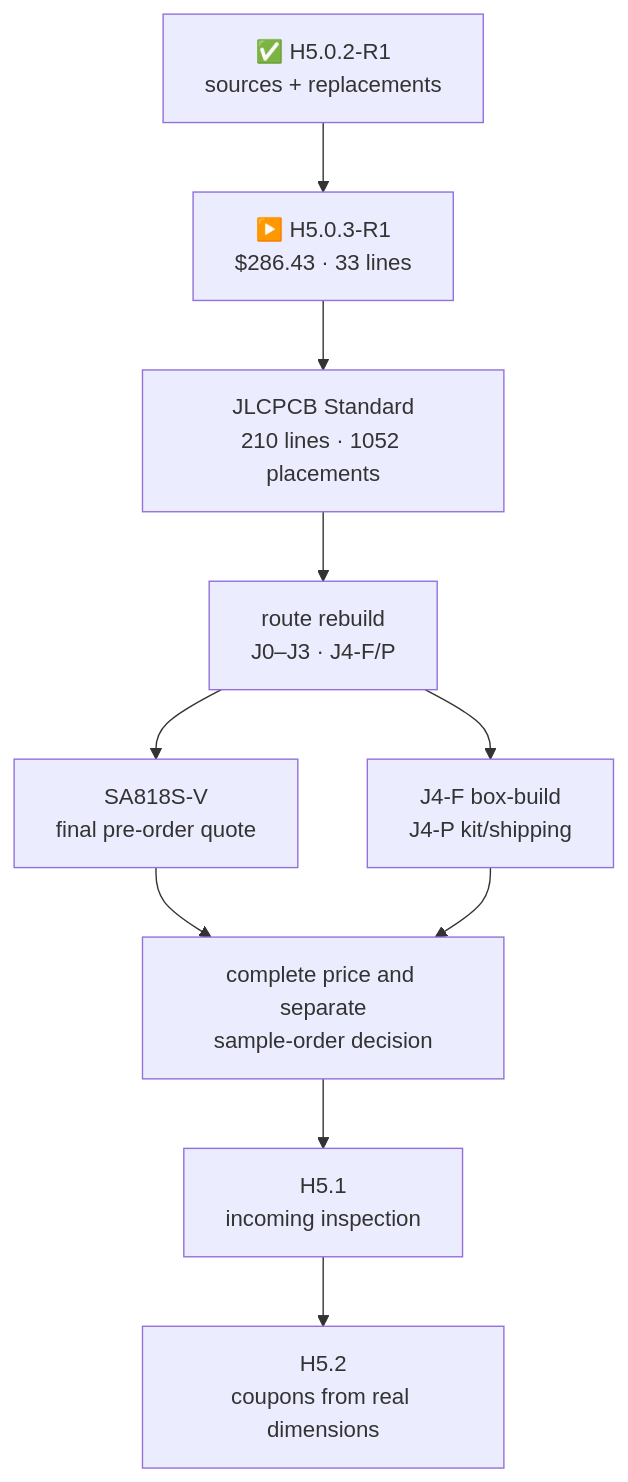
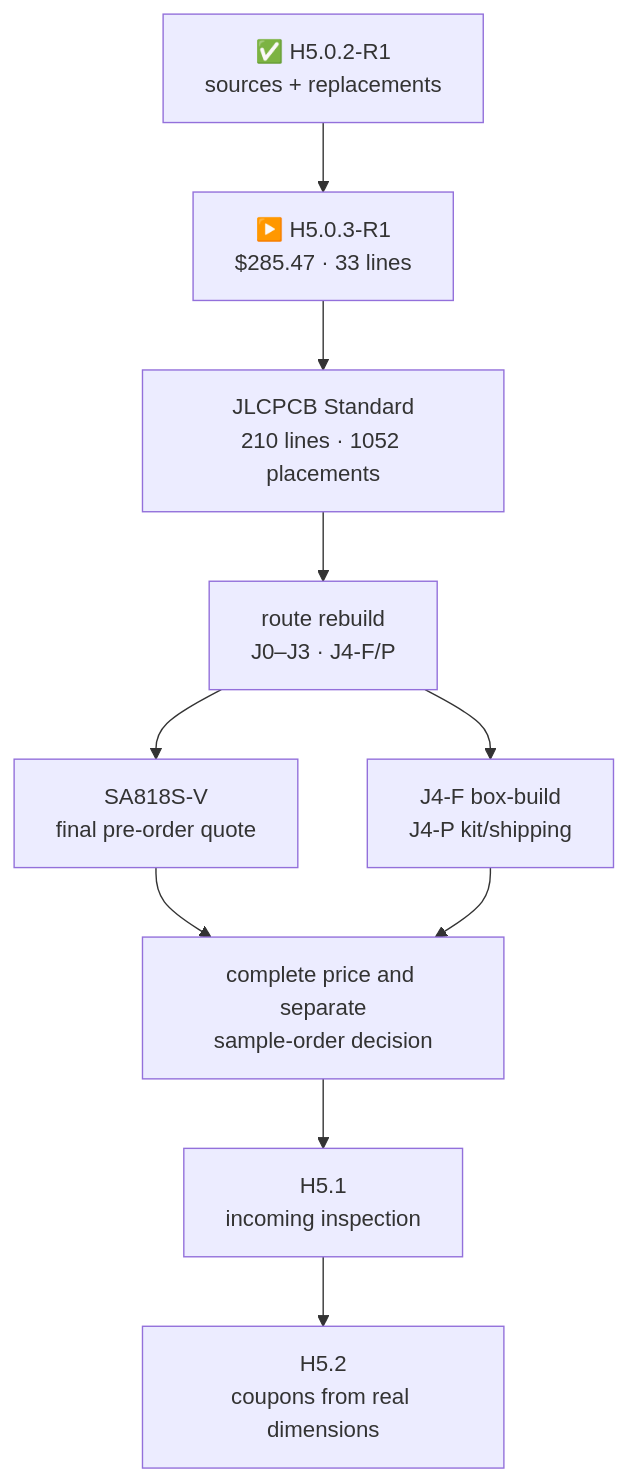
Before and after one commit to anton-vinogradov/esp32-leshy2: the diagram in docs/component-sample-basket.md, drawn with Mermaid. The commit also changed other lines of this file and 164 other files, not shown here.

````diff
--- a/docs/component-sample-basket.md
+++ b/docs/component-sample-basket.md
@@ -7,12 +7,12 @@
 ```mermaid
 flowchart TD
-  R["✅ H5.0.2-R1<br/>sources + replacements"] --> B["▶️ H5.0.3-R1<br/>$286.43 · 33 lines"]
+  R["✅ H5.0.2-R1<br/>sources + replacements"] --> B["▶️ H5.0.3-R1<br/>$285.47 · 33 lines"]
   B --> P["JLCPCB Standard<br/>210 lines · 1052 placements"]
   P --> Q["route rebuild<br/>J0–J3 · J4-F/P"]
   Q --> S["SA818S-V<br/>final pre-order quote"]
   Q --> X["J4-F box-build<br/>J4-P kit/shipping"]
   S --> A["complete price and separate<br/>sample-order decision"]
   X --> A
   A --> H51["H5.1<br/>incoming inspection"]
   H51 --> H52["H5.2<br/>coupons from real dimensions"]
 ```
````
